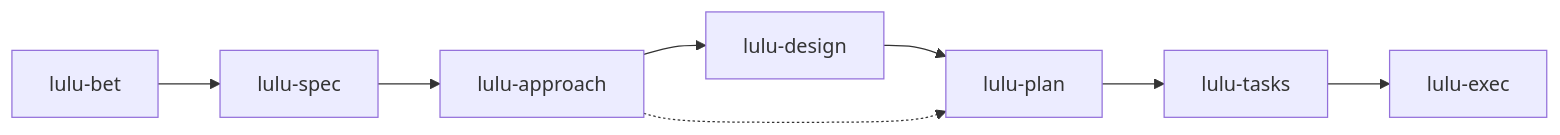
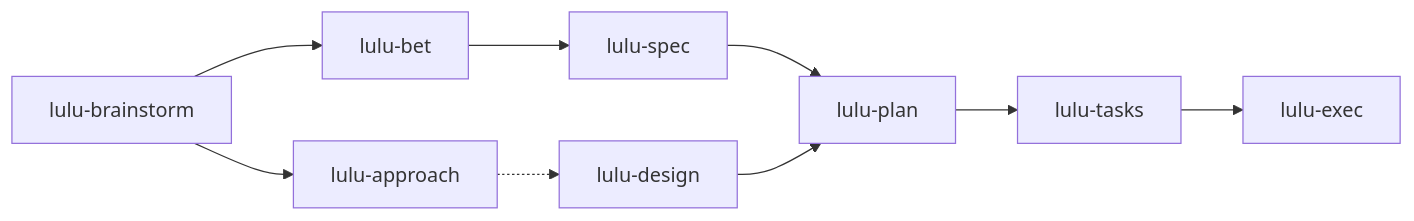
The second of 2 diagrams in README.md (lulufoo/lulu-workflow), drawn with Mermaid before and after one commit. The commit also changed other lines of this file and 1 other file, not shown here.

First line of the commit message:
docs(readme): redraw both lines as parallel tracks and drop lulu-review

````diff
--- a/README.md
+++ b/README.md
@@ -41,7 +44,6 @@
 ```mermaid
 flowchart LR
-  bet[lulu-bet] --> spec[lulu-spec] --> approach[lulu-approach]
-  approach --> design[lulu-design] --> plan[lulu-plan]
-  approach -.-> plan
+  brainstorm[lulu-brainstorm] --> bet[lulu-bet] --> spec[lulu-spec] --> plan[lulu-plan]
+  brainstorm --> approach[lulu-approach] -.-> design[lulu-design] --> plan
   plan --> tasks[lulu-tasks] --> exec[lulu-exec]
 ```
````
